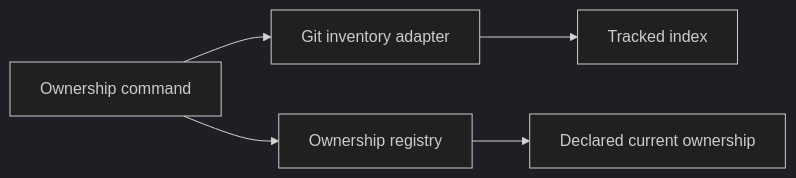
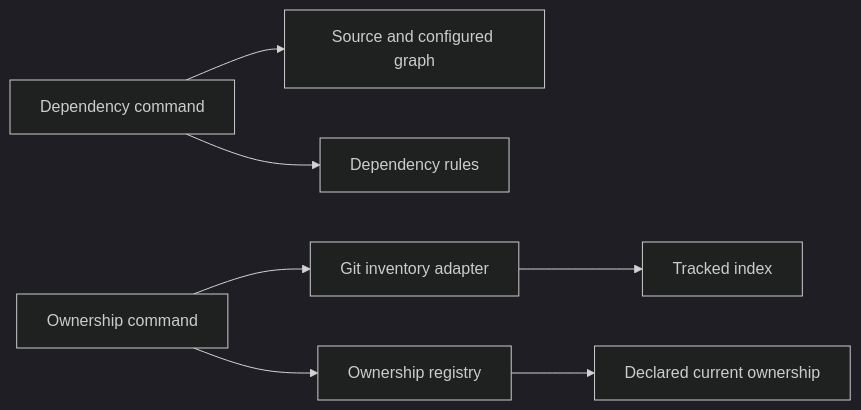
Before and after one commit to Vokerlee/wiola-player: the diagram in tools/architecture/README.md, drawn with Mermaid (dark theme). The commit also changed other lines of this file and 27 other files, not shown here.

````diff
--- a/tools/architecture/README.md
+++ b/tools/architecture/README.md
@@ -5,7 +5,9 @@
 ```mermaid
 flowchart LR
+  Dependencies[Dependency command] --> Graph[Source and configured graph]
+  Dependencies --> Policy[Dependency rules]
   Command[Ownership command] --> Git[Git inventory adapter]
   Command --> Registry[Ownership registry]
   Git --> Index[Tracked index]
   Registry --> Declarations[Declared current ownership]
 ```
````
